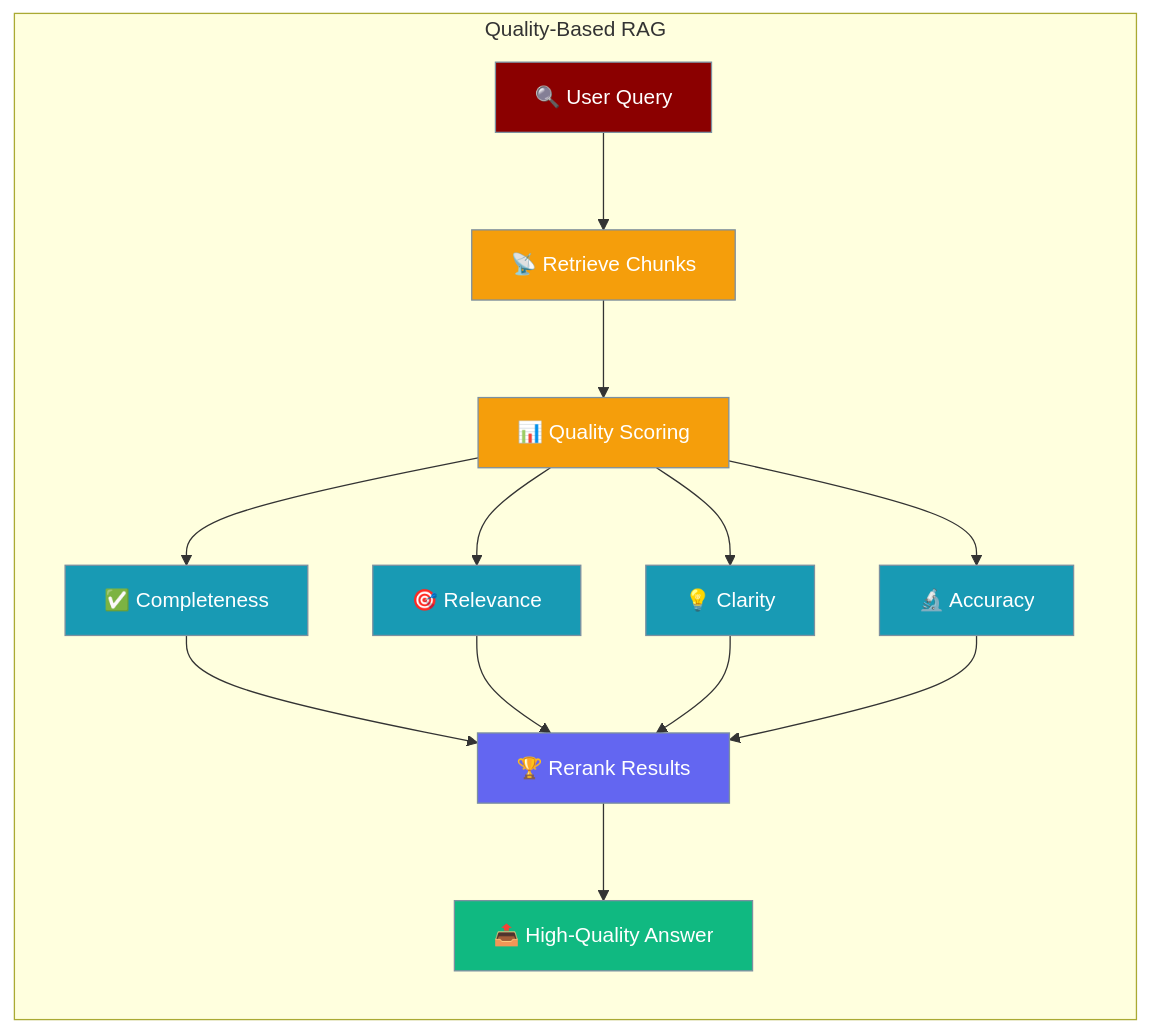
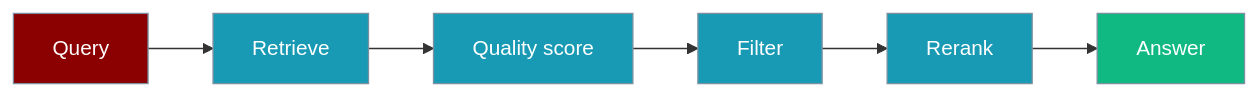
Before and after one commit to MervinPraison/PraisonAIDocs: the diagram in docs/features/quality-based-rag.mdx, drawn with Mermaid. The commit also changed other lines of this file and 4 other files, not shown here.

````diff
--- a/docs/features/quality-based-rag.mdx
+++ b/docs/features/quality-based-rag.mdx
@@ -9,28 +27,16 @@
 ```mermaid
 graph LR
-    subgraph "Quality-Based RAG"
-        Query[🔍 User Query] --> Retrieve[📡 Retrieve Chunks]
-        Retrieve --> Quality[📊 Quality Scoring]
-        Quality --> Completeness[✅ Completeness]
-        Quality --> Relevance[🎯 Relevance]
-        Quality --> Clarity[💡 Clarity]
-        Quality --> Accuracy[🔬 Accuracy]
-        Completeness --> Rank[🏆 Rerank Results]
-        Relevance --> Rank
-        Clarity --> Rank
-        Accuracy --> Rank
-        Rank --> Answer[📤 High-Quality Answer]
-    end
+    Q[Query] --> R[Retrieve]
+    R --> S[Quality score]
+    S --> F[Filter]
+    F --> K[Rerank]
+    K --> A[Answer]
 
     classDef query fill:#8B0000,stroke:#7C90A0,color:#fff
-    classDef retrieve fill:#F59E0B,stroke:#7C90A0,color:#fff
-    classDef metric fill:#189AB4,stroke:#7C90A0,color:#fff
-    classDef rank fill:#6366F1,stroke:#7C90A0,color:#fff
-    classDef result fill:#10B981,stroke:#7C90A0,color:#fff
+    classDef process fill:#189AB4,stroke:#7C90A0,color:#fff
+    classDef output fill:#10B981,stroke:#7C90A0,color:#fff
 
-    class Query query
-    class Retrieve,Quality retrieve
-    class Completeness,Relevance,Clarity,Accuracy metric
-    class Rank rank
-    class Answer result
+    class Q query
+    class R,S,F,K process
+    class A output
 ```
````
